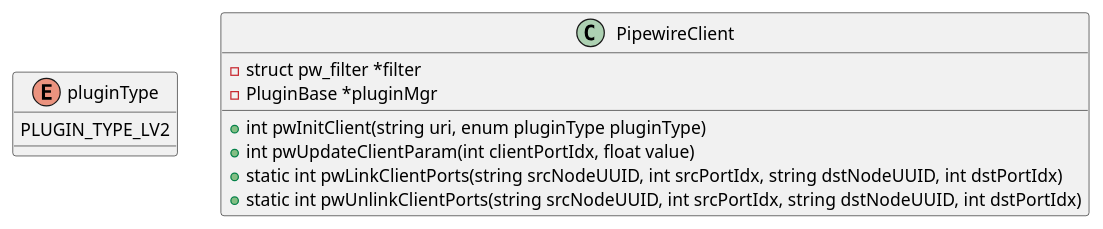
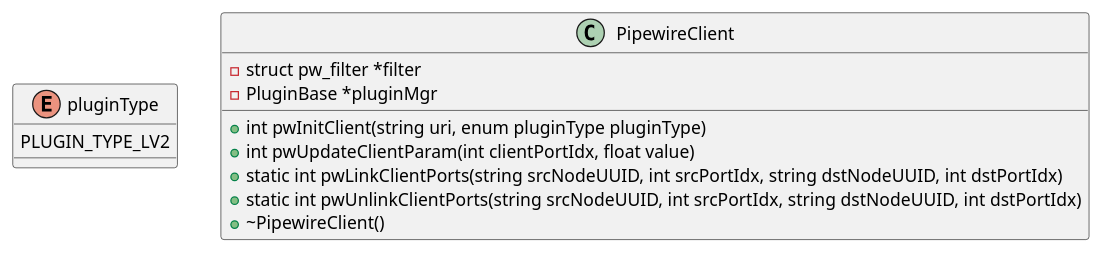
One commit to abhimanyu-g/calicofx-core changed the fifth of 13 diagrams in doc/design.org. Above: the diagram before and after it, drawn with PlantUML. The commit also changed other lines of this file, not shown here.

```diff
--- a/doc/design.org
+++ b/doc/design.org
@@ -112,15 +113,16 @@
 #+begin_src plantuml :file /tmp/calicofx-pw-client-class-dig.png
   @startuml
   enum pluginType{
         PLUGIN_TYPE_LV2
   }
   class PipewireClient{
         -struct pw_filter *filter
         -PluginBase *pluginMgr
         +int pwInitClient(string uri, enum pluginType pluginType)
         +int pwUpdateClientParam(int clientPortIdx, float value)
         +static int pwLinkClientPorts(string srcNodeUUID, int srcPortIdx, string dstNodeUUID, int dstPortIdx)
         +static int pwUnlinkClientPorts(string srcNodeUUID, int srcPortIdx, string dstNodeUUID, int dstPortIdx)
+        +~PipewireClient()
   }
   @enduml
 #+end_src
```
